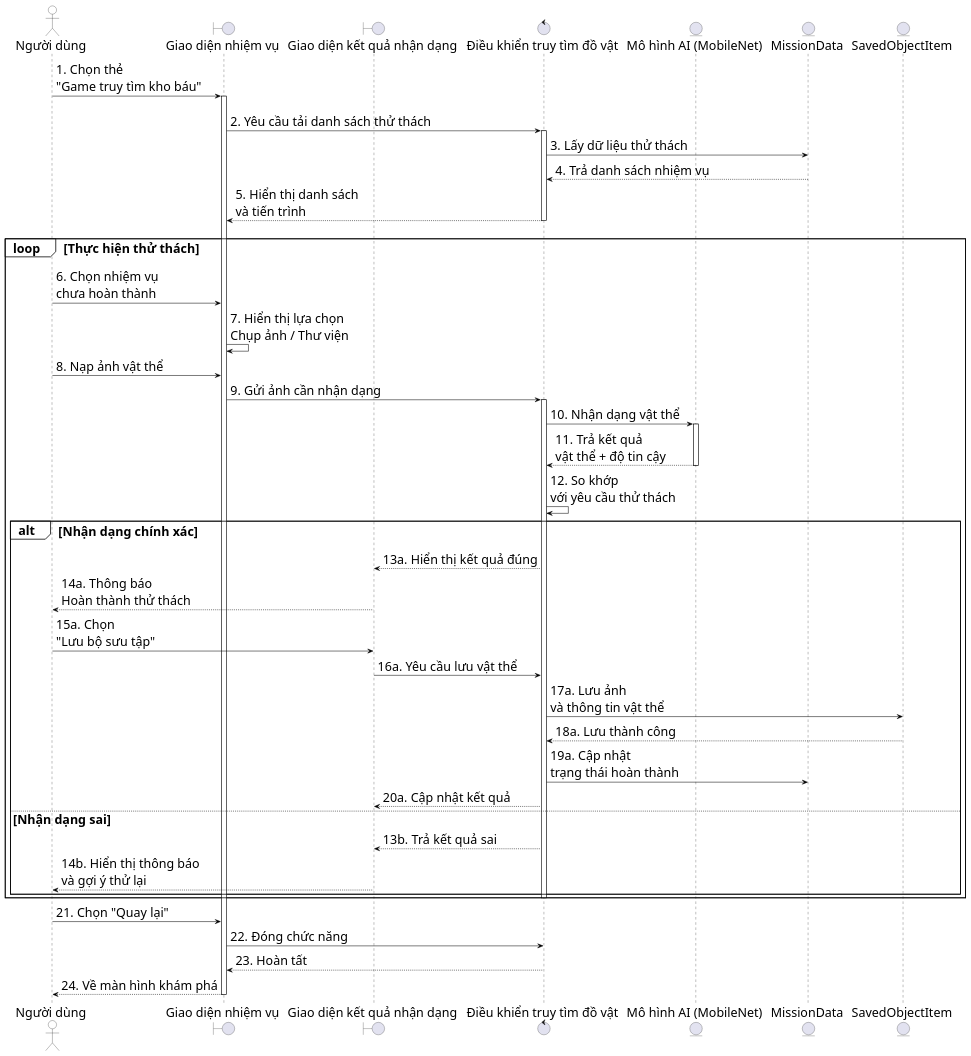
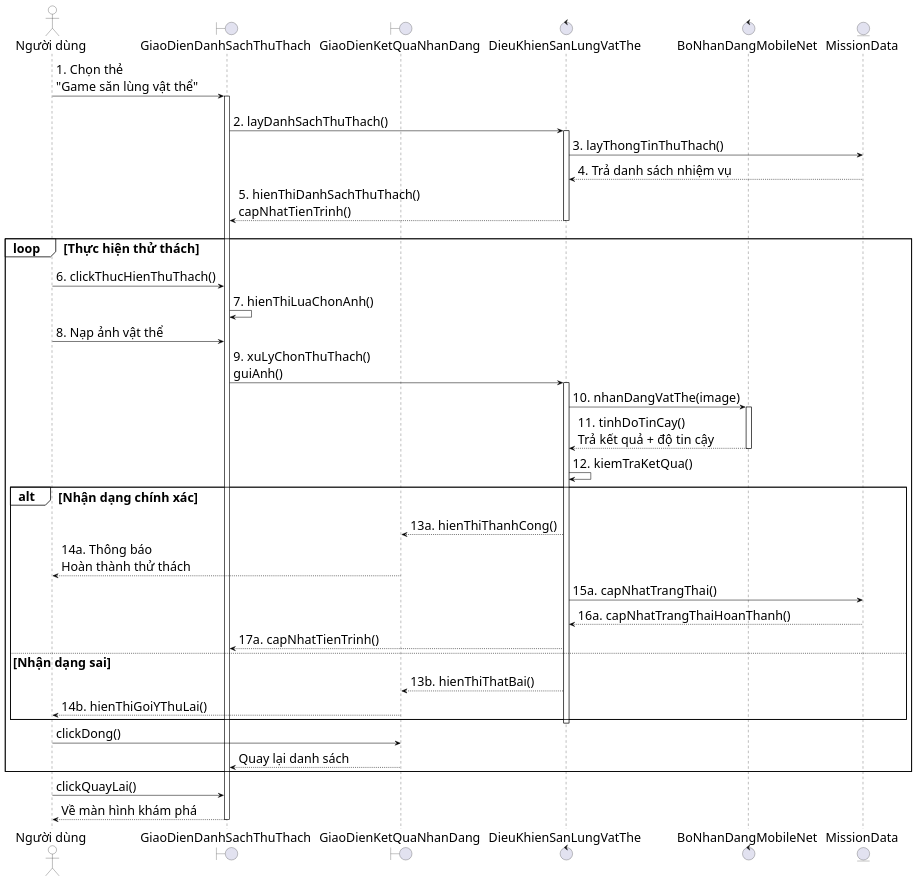
The diagram in docs/SD/sequence_diagram_treasure_hunt.puml (mitiie/KidX), drawn with PlantUML before and after one commit. The commit also changed 22 other files, not shown here.

```diff
--- a/docs/SD/sequence_diagram_treasure_hunt.puml
+++ b/docs/SD/sequence_diagram_treasure_hunt.puml
@@ -1,149 +1,71 @@
-@startuml SD_TruyTimDoVat
-
+@startuml SD_SanLungVatThe
 skinparam defaultFontName Arial
 skinparam defaultFontSize 24
 skinparam shadowing false
 skinparam ParticipantPadding 10
 skinparam BoxPadding 5
-
 skinparam sequence {
   ParticipantBorderColor Black
   ParticipantBackgroundColor White
   ActorBorderColor Black
   ActorBackgroundColor White
   LifeLineBorderColor Black
   LifeLineBorderThickness 2
   LifeLineBackgroundColor White
   ArrowColor Black
   GroupBorderColor Black
   GroupBackgroundColor White
   ActivationBorderColor Black
   ActivationBackgroundColor #EEEEEE
 }
 
-
 actor "Người dùng" as User
-
-boundary "Giao diện nhiệm vụ" as UI
-
-boundary "Giao diện kết quả nhận dạng" as ResultUI
-
-control "Điều khiển truy tìm đồ vật" as Controller
-
-entity "Mô hình AI (MobileNet)" as AI
-
+boundary "GiaoDienDanhSachThuThach" as UI
+boundary "GiaoDienKetQuaNhanDang" as ResultUI
+control "DieuKhienSanLungVatThe" as Controller
+control "BoNhanDangMobileNet" as AI
 entity "MissionData" as Mission
 
-entity "SavedObjectItem" as Saved
-
-
-
-User -> UI : 1. Chọn thẻ\n"Game truy tìm kho báu"
-
+User -> UI : 1. Chọn thẻ\n"Game săn lùng vật thể"
 activate UI
-
+||20||
+UI -> Controller : 2. layDanhSachThuThach()
+activate Controller
+Controller -> Mission : 3. layThongTinThuThach()
+Mission --> Controller : 4. Trả danh sách nhiệm vụ
+Controller --> UI : 5. hienThiDanhSachThuThach()\ncapNhatTienTrinh()
+deactivate Controller
 ||20||
 
-UI -> Controller : 2. Yêu cầu tải danh sách thử thách
-
-activate Controller
-
-Controller -> Mission : 3. Lấy dữ liệu thử thách
-
-Mission --> Controller : 4. Trả danh sách nhiệm vụ
-
-Controller --> UI : 5. Hiển thị danh sách\nvà tiến trình
-
-deactivate Controller
-
-||20||
-
-
-
 loop Thực hiện thử thách
-
-  User -> UI : 6. Chọn nhiệm vụ\nchưa hoàn thành
-
-  UI -> UI : 7. Hiển thị lựa chọn\nChụp ảnh / Thư viện
-
-
+  User -> UI : 6. clickThucHienThuThach()
+  UI -> UI : 7. hienThiLuaChonAnh()
   User -> UI : 8. Nạp ảnh vật thể
-
-
-  UI -> Controller : 9. Gửi ảnh cần nhận dạng
-
+  UI -> Controller : 9. xuLyChonThuThach()\nguiAnh()
   activate Controller
-
-
-  Controller -> AI : 10. Nhận dạng vật thể
-
+  Controller -> AI : 10. nhanDangVatThe(image)
   activate AI
-
-  AI --> Controller : 11. Trả kết quả\nvật thể + độ tin cậy
-
+  AI --> Controller : 11. tinhDoTinCay()\nTrả kết quả + độ tin cậy
   deactivate AI
-
-
-  Controller -> Controller : 12. So khớp\nvới yêu cầu thử thách
-
-
-
+  Controller -> Controller : 12. kiemTraKetQua()
   alt Nhận dạng chính xác
-
-
-    Controller --> ResultUI : 13a. Hiển thị kết quả đúng
-
+    Controller --> ResultUI : 13a. hienThiThanhCong()
     ResultUI --> User : 14a. Thông báo\nHoàn thành thử thách
-
-
-    User -> ResultUI : 15a. Chọn\n"Lưu bộ sưu tập"
-
-
-    ResultUI -> Controller : 16a. Yêu cầu lưu vật thể
-
-
-    Controller -> Saved : 17a. Lưu ảnh\nvà thông tin vật thể
-
-    Saved --> Controller : 18a. Lưu thành công
-
-
-    Controller -> Mission : 19a. Cập nhật\ntrạng thái hoàn thành
-
-
-    Controller --> ResultUI : 20a. Cập nhật kết quả
-
-
-
+    Controller -> Mission : 15a. capNhatTrangThai()
+    Mission --> Controller : 16a. capNhatTrangThaiHoanThanh()
+    Controller --> UI : 17a. capNhatTienTrinh()
   else Nhận dạng sai
-
-
-    Controller --> ResultUI : 13b. Trả kết quả sai
-
-    ResultUI --> User : 14b. Hiển thị thông báo\nvà gợi ý thử lại
-
-
+    Controller --> ResultUI : 13b. hienThiThatBai()
+    ResultUI --> User : 14b. hienThiGoiYThuLai()
   end
-
-
   deactivate Controller
 
+  User -> ResultUI : clickDong()
+  ResultUI --> UI : Quay lại danh sách
 end
 
-
-
-User -> UI : 21. Chọn "Quay lại"
-
-
-UI -> Controller : 22. Đóng chức năng
-
-
-Controller --> UI : 23. Hoàn tất
-
-
-UI --> User : 24. Về màn hình khám phá
-
-
+User -> UI : clickQuayLai()
+UI --> User : Về màn hình khám phá
 deactivate UI
 
-
 @enduml
```
